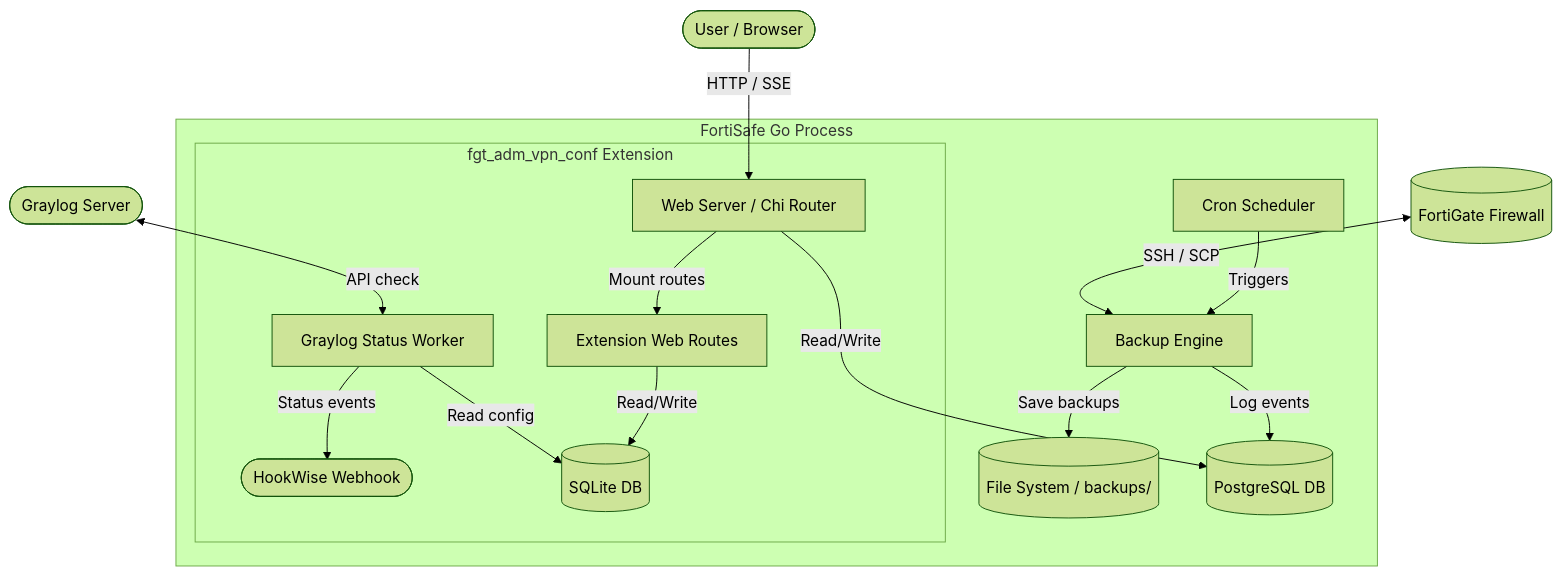
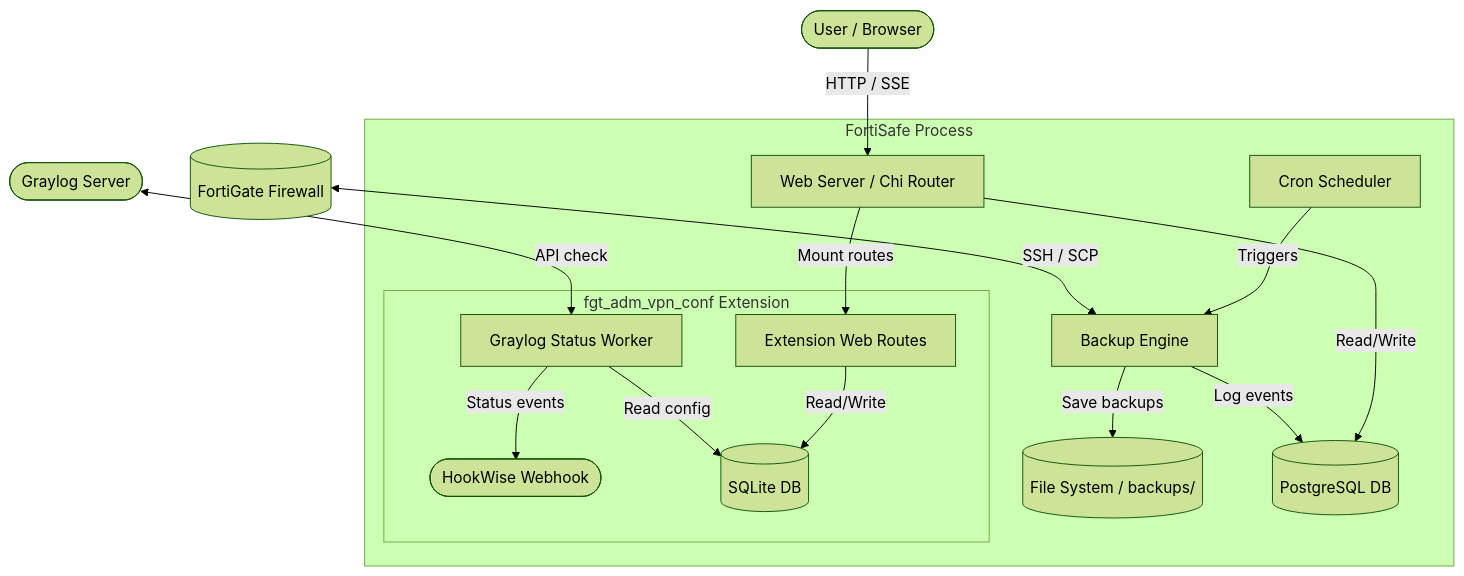
One commit to arumes31/fortigate-scp-backup changed the diagram in README.md. Above: the diagram before and after it, drawn with Mermaid (forest theme). The commit also changed other lines of this file, not shown here.

Commit message:
docs: overhaul README with updated architecture, detailed feature set, and streamlined deployment guides

````diff
--- a/README.md
+++ b/README.md
@@ -36,22 +37,26 @@
 ```mermaid
 graph TD
     User([User / Browser]) -->|HTTP / SSE| WebServer[Web Server / Chi Router]
     Firewall[(FortiGate Firewall)] <-->|SSH / SCP| BackupEngine[Backup Engine]
-    
-    subgraph FortiSafe ["FortiSafe Go Process"]
+
+    subgraph FortiSafe ["FortiSafe Process"]
         WebServer
         Scheduler[Cron Scheduler] -->|Triggers| BackupEngine
         BackupEngine -->|Save backups| FileSystem[(File System / backups/)]
         BackupEngine -->|Log events| Postgres[(PostgreSQL DB)]
         WebServer -->|Read/Write| Postgres
-        
+
         subgraph Extension ["fgt_adm_vpn_conf Extension"]
+            ExtRoutes[Extension Web Routes]
             ExtWorker[Graylog Status Worker] -->|Status events| HookWise([HookWise Webhook])
             ExtWorker -->|Read config| SQLite[(SQLite DB)]
-            WebServer -->|Mount routes| ExtRoutes[Extension Web Routes]
             ExtRoutes -->|Read/Write| SQLite
         end
+
+        %% Cross-boundary edge kept outside the Extension subgraph so the Web
+        %% Server stays in the parent cluster instead of being drawn inside it.
+        WebServer -->|Mount routes| ExtRoutes
     end
-    
+
     Graylog([Graylog Server]) <-->|API check| ExtWorker
 ```
````
